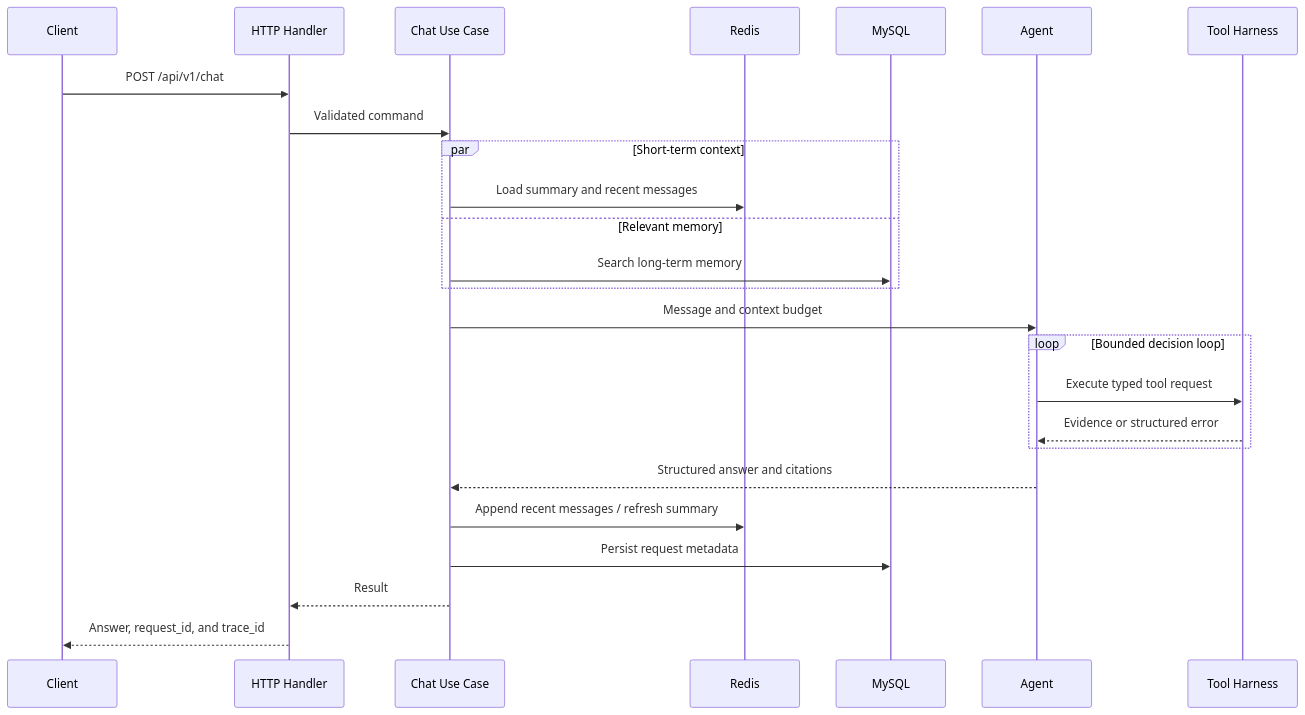
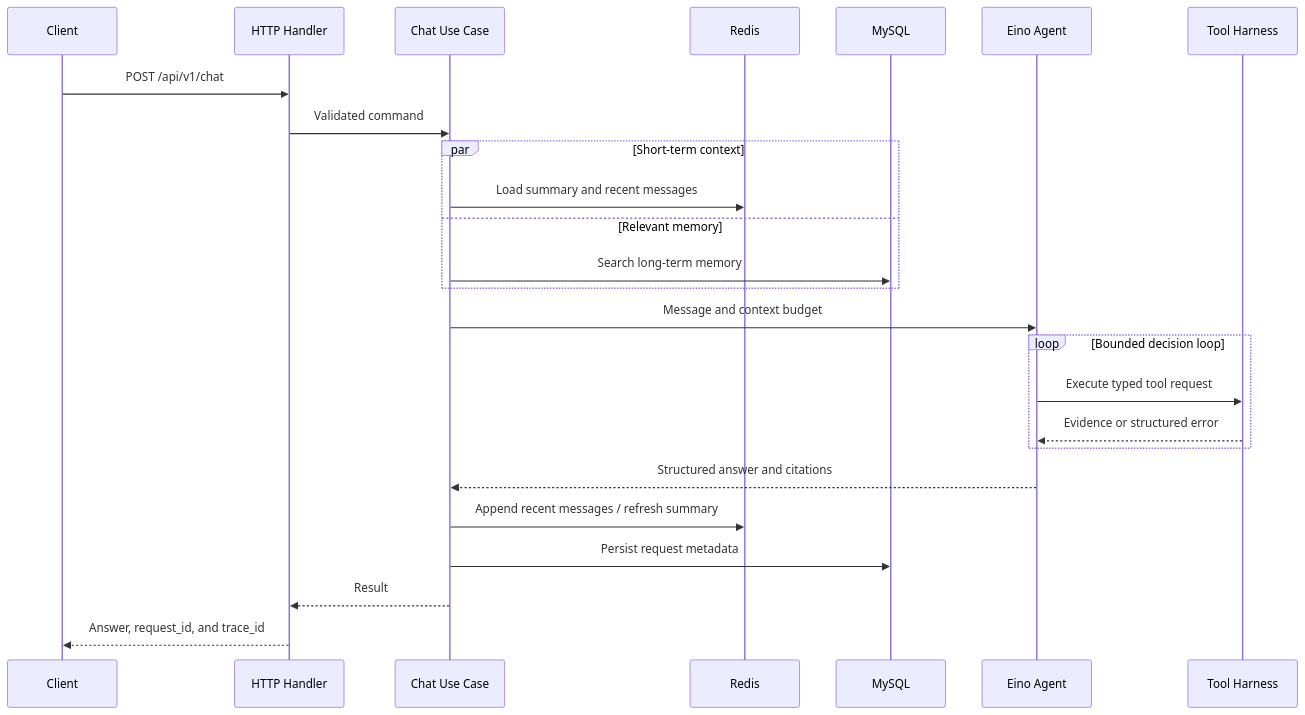
The third of 3 diagrams in docs/ARCHITECTURE.md (jiawei-wang-dev/WatchOps-Lite), drawn with Mermaid before and after one commit. The commit also changed other lines of this file and 5 other files, not shown here.

First line of the commit message:
docs: define framework strategy and implementation roadmap

````diff
--- a/docs/ARCHITECTURE.md
+++ b/docs/ARCHITECTURE.md
@@ -80,28 +84,28 @@
 ```mermaid
 sequenceDiagram
     participant C as Client
     participant H as HTTP Handler
     participant A as Chat Use Case
     participant R as Redis
     participant M as MySQL
-    participant G as Agent
+    participant G as Eino Agent
     participant T as Tool Harness
 
     C->>H: POST /api/v1/chat
     H->>A: Validated command
     par Short-term context
         A->>R: Load summary and recent messages
     and Relevant memory
         A->>M: Search long-term memory
     end
     A->>G: Message and context budget
     loop Bounded decision loop
         G->>T: Execute typed tool request
         T-->>G: Evidence or structured error
     end
     G-->>A: Structured answer and citations
     A->>R: Append recent messages / refresh summary
     A->>M: Persist request metadata
     A-->>H: Result
     H-->>C: Answer, request_id, and trace_id
 ```
````
